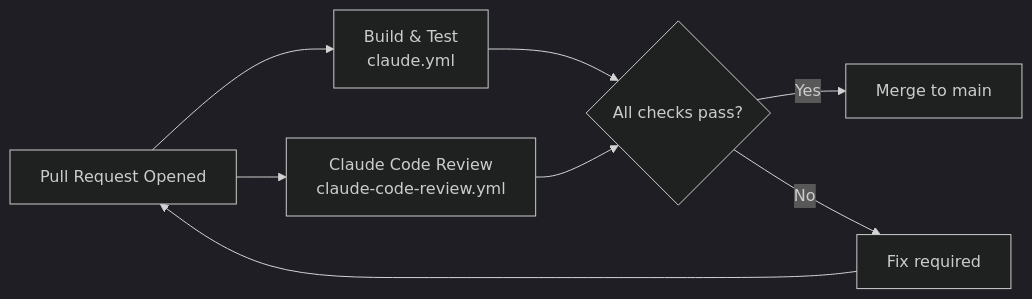
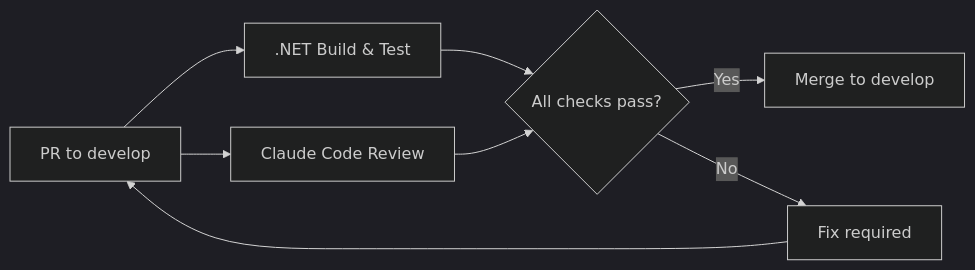
Before and after one commit to adammarquette/RecipeIQ: the second of 3 diagrams in .org/platform/CLAUDE.md, drawn with Mermaid (dark theme). The commit also changed other lines of this file and 5 other files, not shown here.

````diff
--- a/.org/platform/CLAUDE.md
+++ b/.org/platform/CLAUDE.md
@@ -37,10 +52,10 @@
 ```mermaid
 flowchart LR
-    PR[Pull Request Opened] --> Build[Build & Test\nclaude.yml]
-    PR --> Review[Claude Code Review\nclaude-code-review.yml]
+    PR[PR to develop] --> Build[.NET Build & Test]
+    PR --> Review[Claude Code Review]
     Build --> Gate{All checks pass?}
     Review --> Gate
-    Gate -->|Yes| Merge[Merge to main]
+    Gate -->|Yes| Merge[Merge to develop]
     Gate -->|No| Fix[Fix required]
     Fix --> PR
 ```
````
